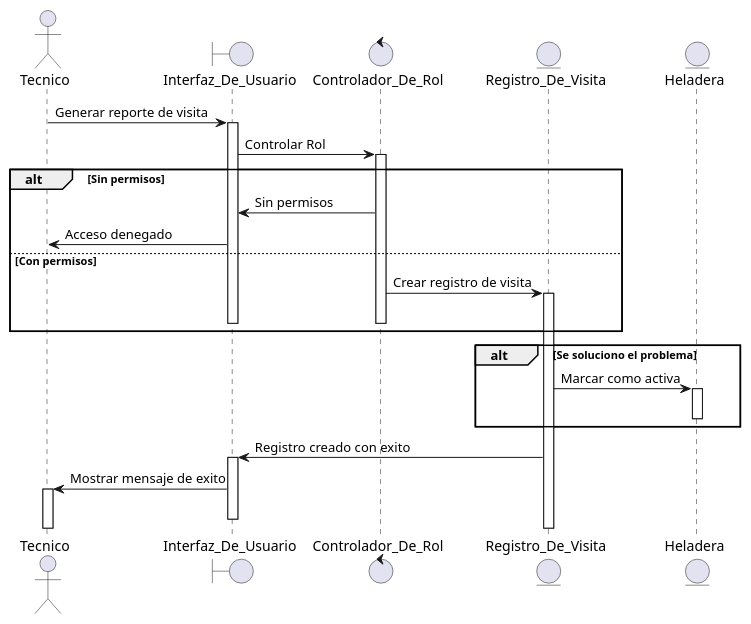
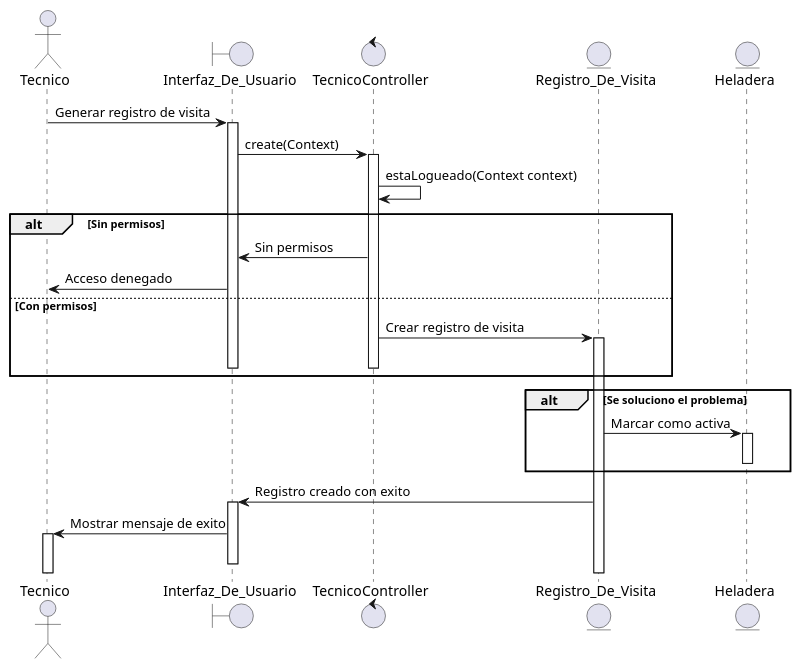
Before and after one commit to JBDelupi/TPs---DDS: the diagram in UMLs/GenerarRegistroDeVisita.puml, drawn with PlantUML. The commit also changed 14 other files, not shown here.

Commit message:
agrego uml

```diff
--- a/UMLs/GenerarRegistroDeVisita.puml
+++ b/UMLs/GenerarRegistroDeVisita.puml
@@ -1,37 +1,39 @@
 @startuml GenerarRegistroDeVisita
+
 actor Tecnico
 boundary Interfaz_De_Usuario
-control Controlador_De_Rol
+control TecnicoController
 entity Registro_De_Visita
 entity Heladera
 
-Tecnico->Interfaz_De_Usuario: Generar reporte de visita
+Tecnico->Interfaz_De_Usuario: Generar registro de visita
 activate Interfaz_De_Usuario
 
-Interfaz_De_Usuario->Controlador_De_Rol: Controlar Rol
-activate Controlador_De_Rol
+Interfaz_De_Usuario->TecnicoController: create(Context)
+activate TecnicoController
+TecnicoController -> TecnicoController: estaLogueado(Context context)
 
 alt Sin permisos
-    Controlador_De_Rol->Interfaz_De_Usuario: Sin permisos
+    TecnicoController->Interfaz_De_Usuario: Sin permisos
     Interfaz_De_Usuario->Tecnico: Acceso denegado
 else Con permisos
-    Controlador_De_Rol->Registro_De_Visita: Crear registro de visita
+    TecnicoController->Registro_De_Visita: Crear registro de visita
     activate Registro_De_Visita
-deactivate Controlador_De_Rol
+deactivate TecnicoController
 deactivate Interfaz_De_Usuario
 end
 
 alt Se soluciono el problema
     Registro_De_Visita->Heladera: Marcar como activa
     activate Heladera
     deactivate Heladera
 end
 
 
 Registro_De_Visita->Interfaz_De_Usuario:Registro creado con exito
 activate Interfaz_De_Usuario
 Interfaz_De_Usuario->Tecnico: Mostrar mensaje de exito
 activate Tecnico
 deactivate Interfaz_De_Usuario
 
 @enduml
```
